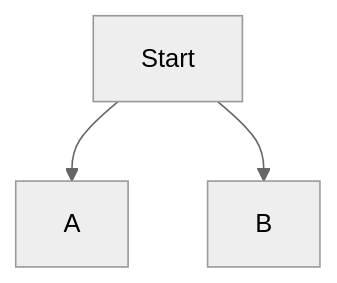
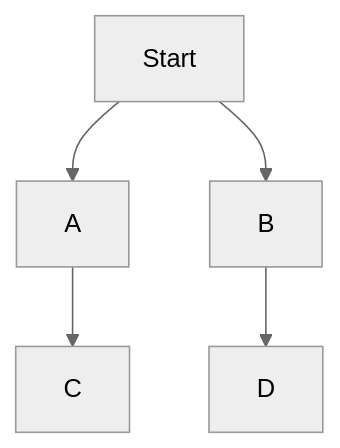
Before and after one commit to hwetsman/Public_Notes: the diagram in ML_Cheatsheet.md, drawn with Mermaid (neutral theme).

````diff
--- a/ML_Cheatsheet.md
+++ b/ML_Cheatsheet.md
@@ -1,10 +1,11 @@
 ```mermaid
 flowchart TD
 Start --> A
-
+A --> C
 
 
 Start --> B
+B --> D
 
 
 ```
````
